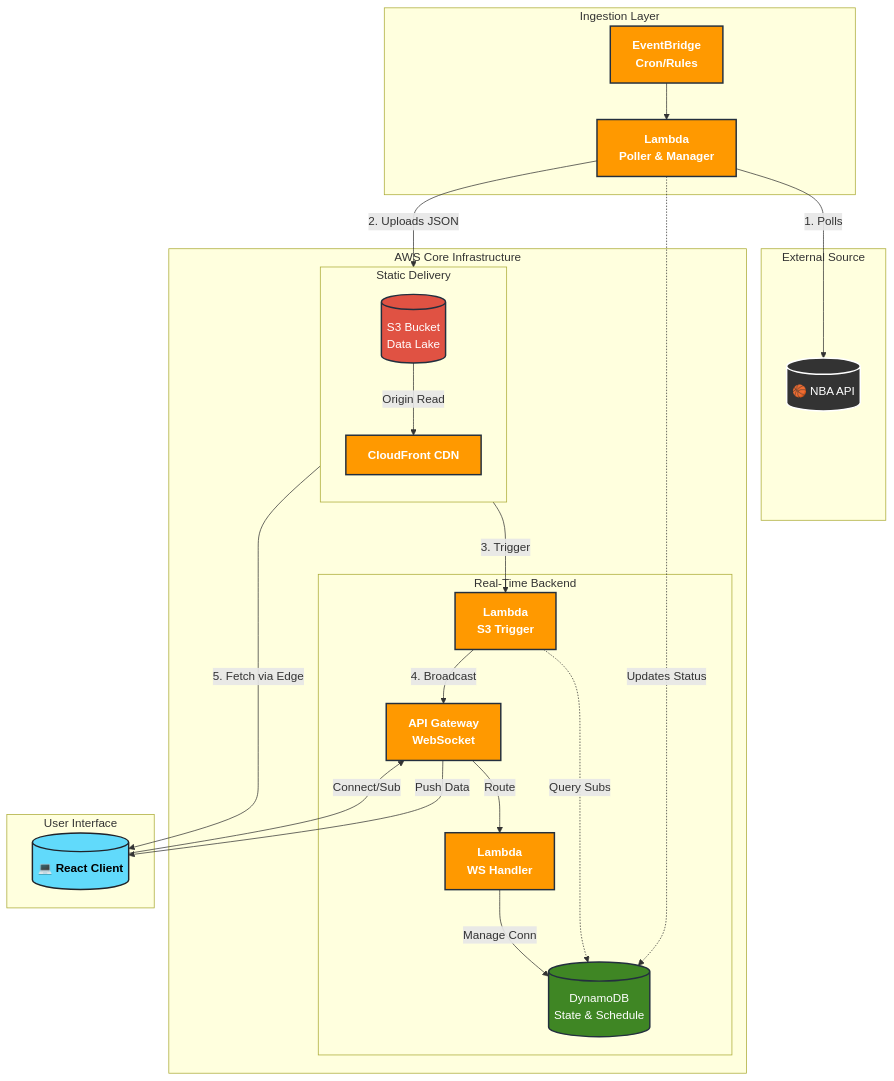
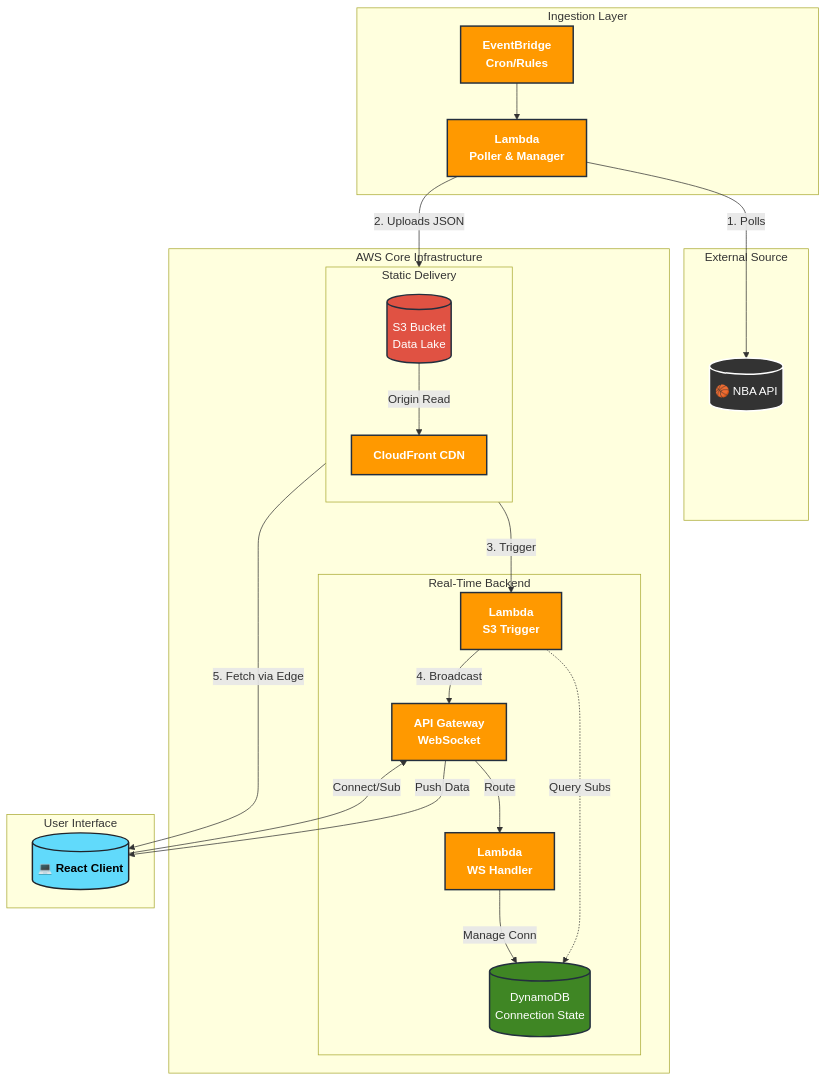
One commit to eaganro/MinutesMap changed the first of 2 diagrams in README.md. Above: the diagram before and after it, drawn with Mermaid. The commit also changed other lines of this file, not shown here.

Commit message:
Update readme to match changes made to schedule data going from dynamodb to s3.

````diff
--- a/README.md
+++ b/README.md
@@ -20,64 +20,63 @@
 ```mermaid
 flowchart TD
     %% --- Styling ---
     classDef aws fill:#FF9900,stroke:#232F3E,stroke-width:2px,color:white,font-weight:bold;
     classDef storage fill:#E05243,stroke:#232F3E,stroke-width:2px,color:white;
     classDef db fill:#3F8624,stroke:#232F3E,stroke-width:2px,color:white;
     classDef client fill:#61DAFB,stroke:#20232a,stroke-width:2px,color:black,font-weight:bold;
     classDef ext fill:#333,stroke:#fff,stroke-width:2px,color:white;
 
     %% --- Nodes ---
     subgraph External [External Source]
         NBA[("🏀 NBA API")]:::ext
     end
 
     subgraph Ingestion [Ingestion Layer]
         EB[EventBridge<br/>Cron/Rules]:::aws
         L_Poller[Lambda<br/>Poller & Manager]:::aws
     end
 
     subgraph Core [AWS Core Infrastructure]
         %% We group S3 and CF together to force them to the right side
         subgraph Static [Static Delivery]
             direction TB
             S3[("S3 Bucket<br/>Data Lake")]:::storage
             CF[CloudFront CDN]:::aws
         end
 
         subgraph RealTime [Real-Time Backend]
             L_Event[Lambda<br/>S3 Trigger]:::aws
             L_WS[Lambda<br/>WS Handler]:::aws
-            DDB[("DynamoDB<br/>State & Schedule")]:::db
+            DDB[("DynamoDB<br/>Connection State")]:::db
             APIG[API Gateway<br/>WebSocket]:::aws
         end
     end
 
     subgraph Frontend [User Interface]
         Browser[("💻 React Client")]:::client
     end
 
     %% --- Connections ---
 
     %% 1. Ingestion Flow (Top to Bottom)
     EB --> L_Poller
     L_Poller -- 1. Polls --> NBA
     L_Poller -- 2. Uploads JSON --> S3
-    L_Poller -. Updates Status .-> DDB
 
     %% 2. Notification Flow (Left Side)
     S3 -- 3. Trigger --> L_Event
     L_Event -. Query Subs .-> DDB
     L_Event -- 4. Broadcast --> APIG
     APIG -- Push Data --> Browser
 
     %% 3. Static Data Flow (Right Side)
     %% CHANGED: We model this as Data Flow (S3 -> CF) to avoid the upward arrow crossing
     S3 -- Origin Read --> CF
     CF -- 5. Fetch via Edge --> Browser
 
     %% 4. WebSocket Connection (Bottom Up - inevitable, but cleaner now)
     Browser -- Connect/Sub --> APIG
     APIG -- Route --> L_WS
     L_WS -- Manage Conn --> DDB
 
 ```
````
